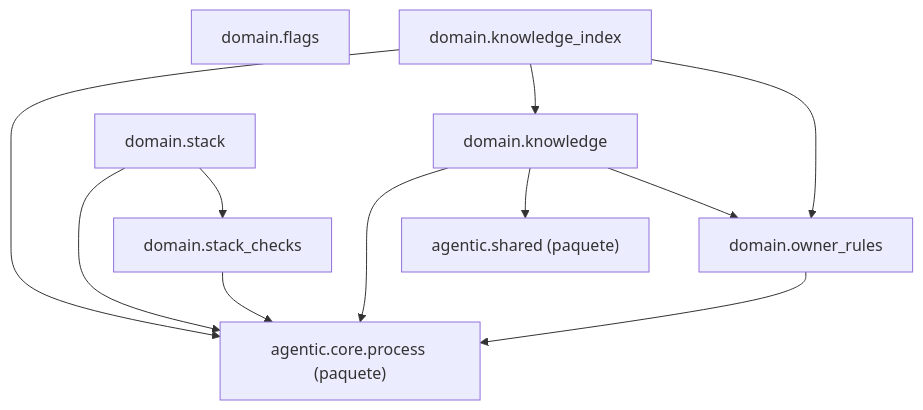
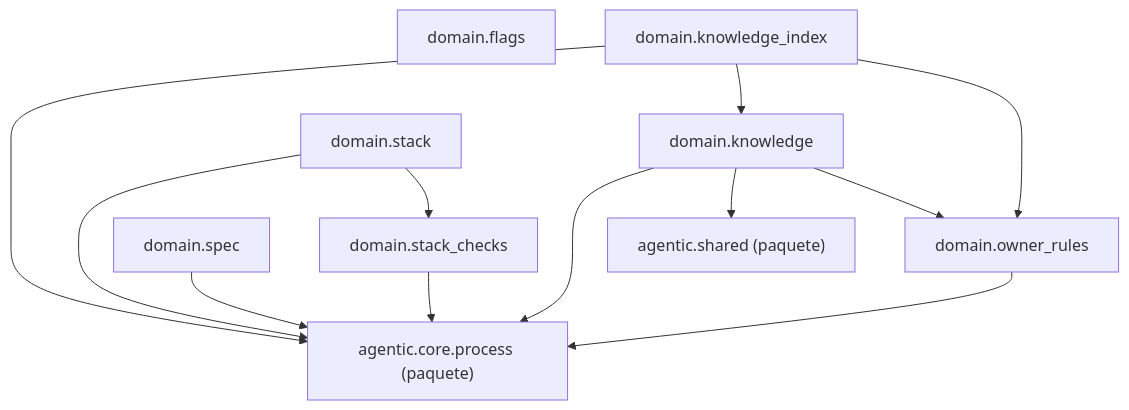
The diagram in docs/architecture/generated/packages-knowledge-domain.md (GonzaloZevallos/agentic-system), drawn with Mermaid before and after one commit. The commit also changed 14 other files, not shown here.

First line of the commit message:
Add the Spec format: contract types and hash in Process, parser and validator in Knowledge

````diff
--- a/docs/architecture/generated/packages-knowledge-domain.md
+++ b/docs/architecture/generated/packages-knowledge-domain.md
@@ -7,21 +7,23 @@
 ```mermaid
 graph TD
     g_pkg__agentic__core__process["agentic.core.process (paquete)"]
     g_pkg__agentic__shared["agentic.shared (paquete)"]
     m_domain__flags["domain.flags"]
     m_domain__knowledge["domain.knowledge"]
     m_domain__knowledge_index["domain.knowledge_index"]
     m_domain__owner_rules["domain.owner_rules"]
+    m_domain__spec["domain.spec"]
     m_domain__stack["domain.stack"]
     m_domain__stack_checks["domain.stack_checks"]
     m_domain__knowledge --> g_pkg__agentic__core__process
     m_domain__knowledge --> g_pkg__agentic__shared
     m_domain__knowledge --> m_domain__owner_rules
     m_domain__knowledge_index --> g_pkg__agentic__core__process
     m_domain__knowledge_index --> m_domain__knowledge
     m_domain__knowledge_index --> m_domain__owner_rules
     m_domain__owner_rules --> g_pkg__agentic__core__process
+    m_domain__spec --> g_pkg__agentic__core__process
     m_domain__stack --> g_pkg__agentic__core__process
     m_domain__stack --> m_domain__stack_checks
     m_domain__stack_checks --> g_pkg__agentic__core__process
 ```
````
